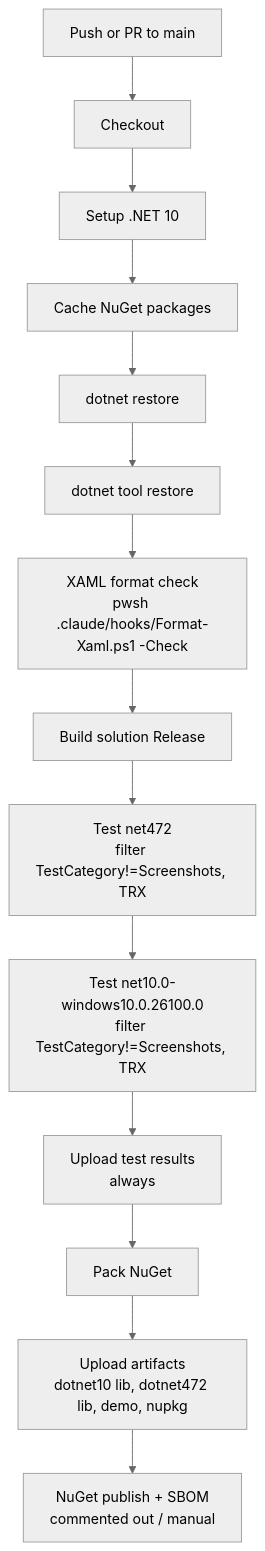
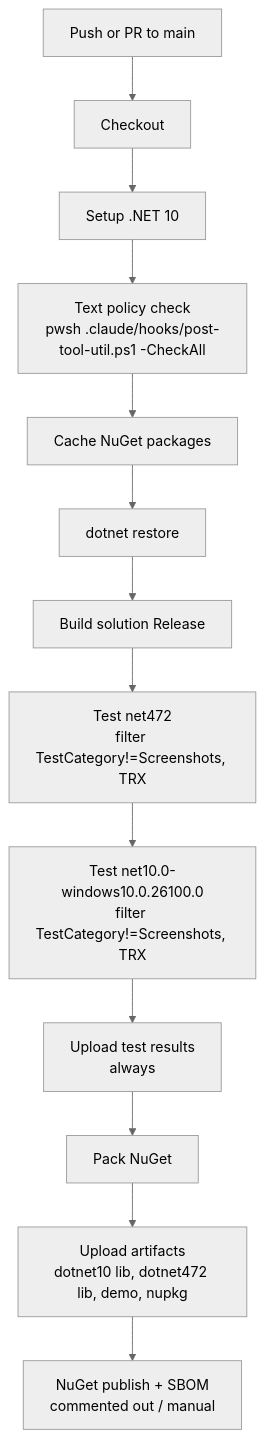
Before and after one commit to sintaxasn/Fluence.Wpf: the diagram in AGENTS.md, drawn with Mermaid (neutral theme). The commit also changed other lines of this file and 103 other files, not shown here.

````diff
--- a/AGENTS.md
+++ b/AGENTS.md
@@ -301,16 +299,15 @@
 ```mermaid
 flowchart TD
     A[Push or PR to main] --> B[Checkout]
     B --> C[Setup .NET 10]
-    C --> D[Cache NuGet packages]
+    C --> G[Text policy check<br/>pwsh .claude/hooks/post-tool-util.ps1 -CheckAll]
+    G --> D[Cache NuGet packages]
     D --> E[dotnet restore]
-    E --> F[dotnet tool restore]
-    F --> G[XAML format check<br/>pwsh .claude/hooks/Format-Xaml.ps1 -Check]
-    G --> H[Build solution Release]
+    E --> H[Build solution Release]
     H --> I[Test net472<br/>filter TestCategory!=Screenshots, TRX]
     I --> J[Test net10.0-windows10.0.26100.0<br/>filter TestCategory!=Screenshots, TRX]
     J --> K[Upload test results<br/>always]
     K --> L[Pack NuGet]
     L --> M[Upload artifacts<br/>dotnet10 lib, dotnet472 lib, demo, nupkg]
     M --> N[NuGet publish + SBOM<br/>commented out / manual]
 ```
````
